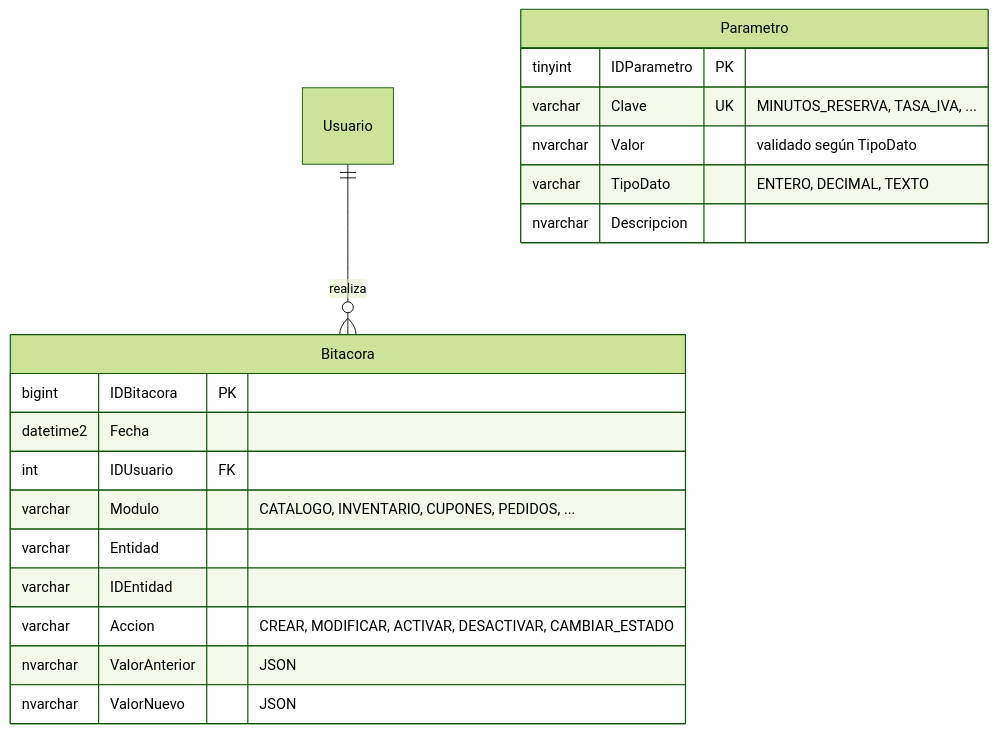
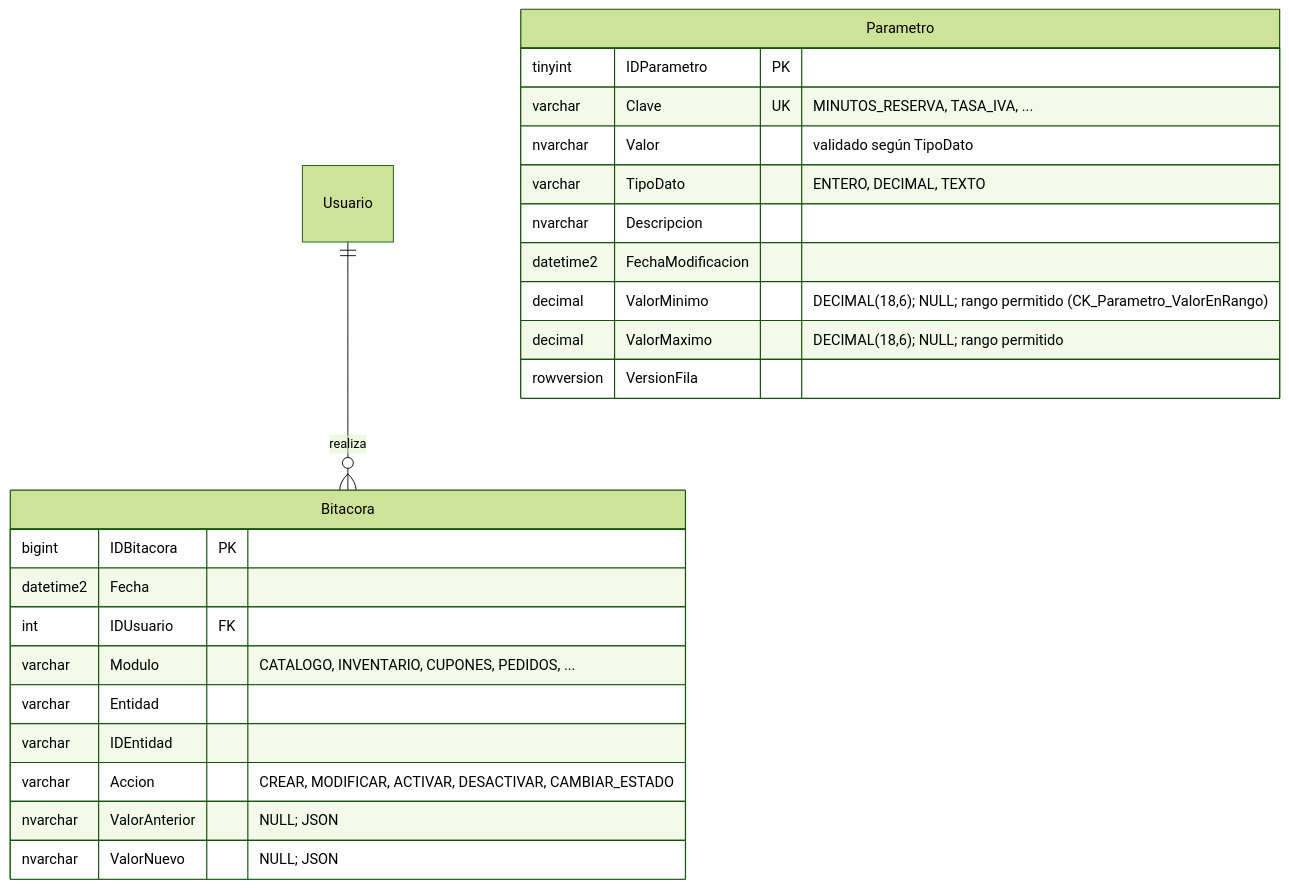
One commit to aMarvinQ/ShopCart changed the ninth of 9 diagrams in docs/ER.md. Above: the diagram before and after it, drawn with Mermaid (forest theme). The commit also changed other lines of this file and 3 other files, not shown here.

````diff
--- a/docs/ER.md
+++ b/docs/ER.md
@@ -408,23 +552,27 @@
 ```mermaid
 erDiagram
     Usuario ||--o{ Bitacora : "realiza"
 
     Parametro {
         tinyint IDParametro PK
         varchar Clave UK "MINUTOS_RESERVA, TASA_IVA, ..."
         nvarchar Valor "validado según TipoDato"
         varchar TipoDato "ENTERO, DECIMAL, TEXTO"
         nvarchar Descripcion
+        datetime2 FechaModificacion
+        decimal ValorMinimo "DECIMAL(18,6); NULL; rango permitido (CK_Parametro_ValorEnRango)"
+        decimal ValorMaximo "DECIMAL(18,6); NULL; rango permitido"
+        rowversion VersionFila
     }
     Bitacora {
         bigint IDBitacora PK
         datetime2 Fecha
         int IDUsuario FK
         varchar Modulo "CATALOGO, INVENTARIO, CUPONES, PEDIDOS, ..."
         varchar Entidad
         varchar IDEntidad
         varchar Accion "CREAR, MODIFICAR, ACTIVAR, DESACTIVAR, CAMBIAR_ESTADO"
-        nvarchar ValorAnterior "JSON"
-        nvarchar ValorNuevo "JSON"
+        nvarchar ValorAnterior "NULL; JSON"
+        nvarchar ValorNuevo "NULL; JSON"
     }
 ```
````
